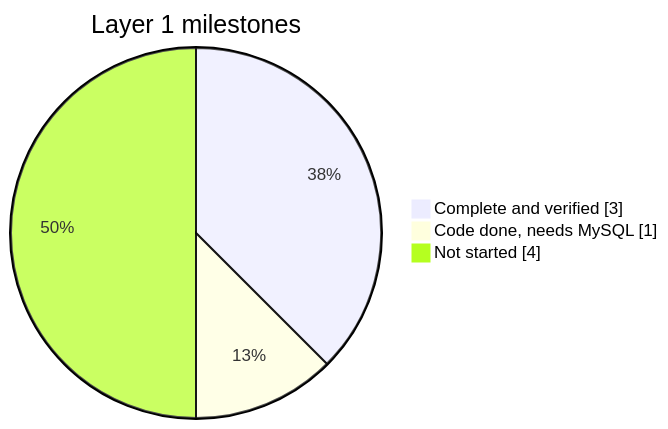
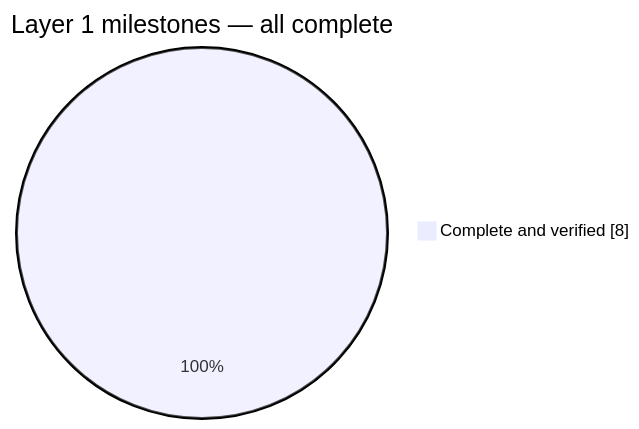
Diagram 17 of 18 in ARCHITECTURE.md (abhishjais01/Bharat_Bank), drawn with Mermaid before and after one commit. The commit also changed other lines of this file and 2 other files, not shown here.

````diff
--- a/ARCHITECTURE.md
+++ b/ARCHITECTURE.md
@@ -766,7 +901,5 @@
 ```mermaid
 pie showData
-    title Layer 1 milestones
-    "Complete and verified" : 3
-    "Code done, needs MySQL" : 1
-    "Not started" : 4
+    title Layer 1 milestones — all complete
+    "Complete and verified" : 8
 ```
````
